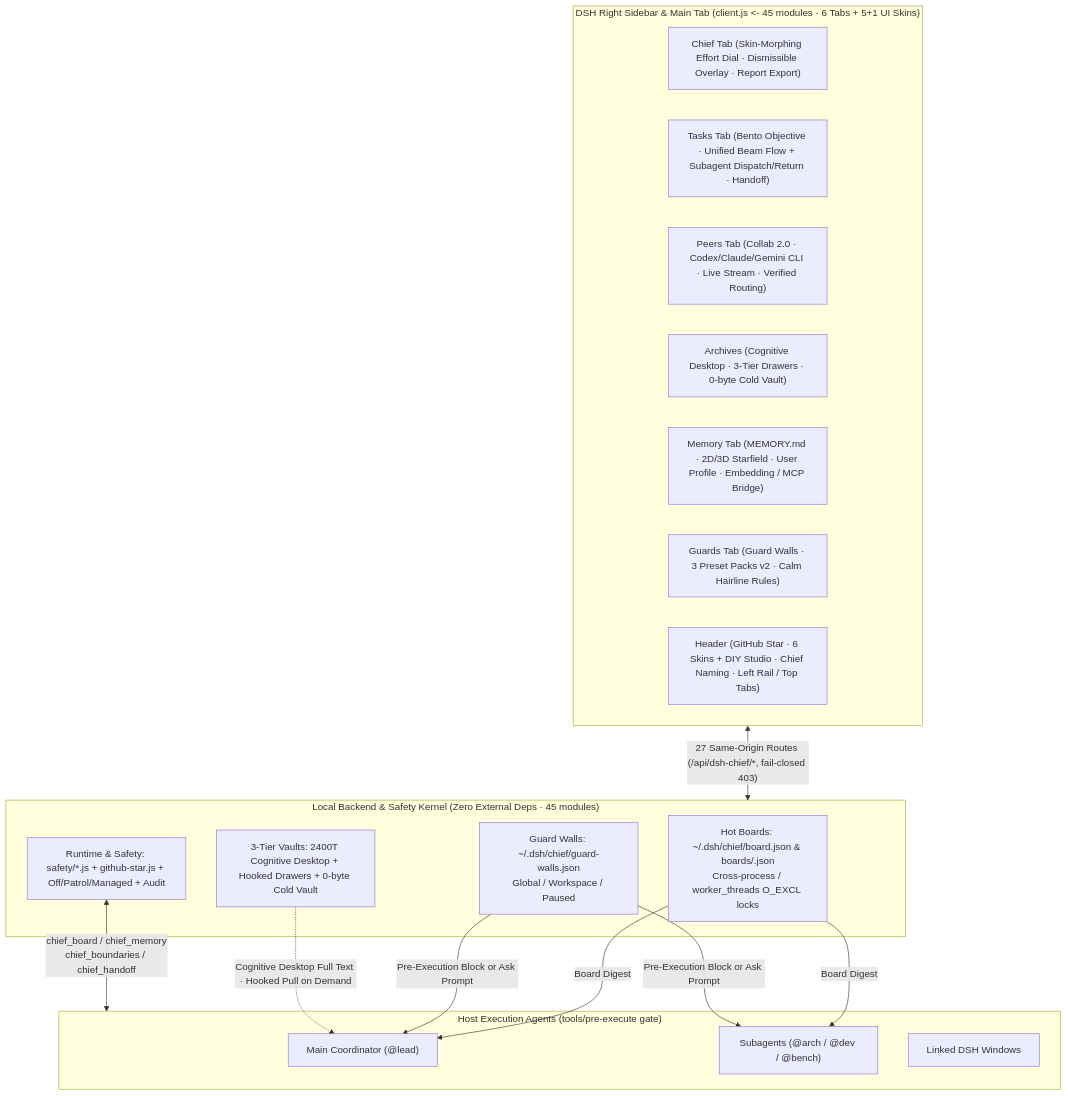
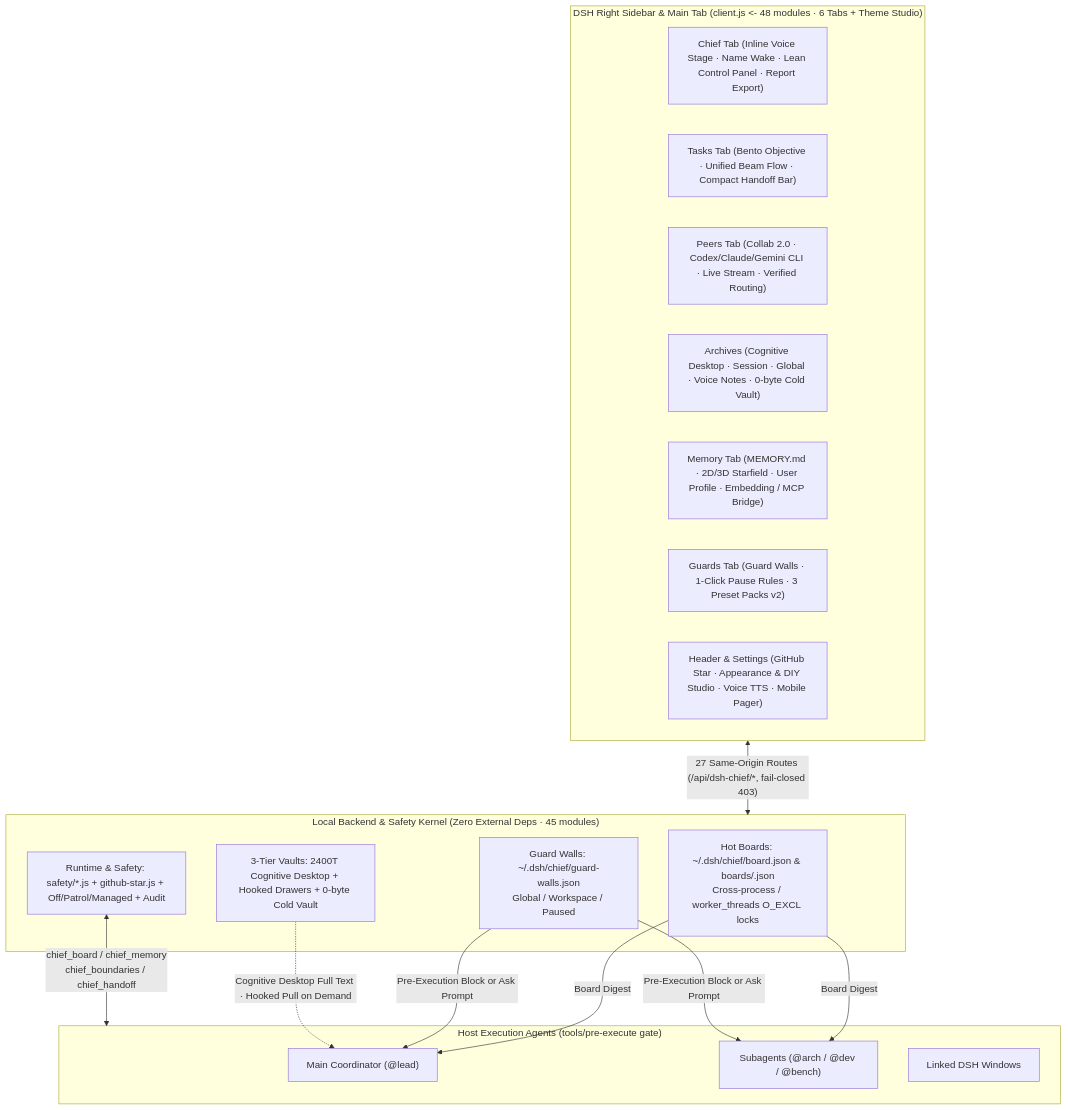
One commit to gluztm/dsh-chief changed the third of 3 diagrams in README.en.md. Above: the diagram before and after it, drawn with Mermaid. The commit also changed other lines of this file and 60 other files, not shown here.

Commit message:
release(v2.0.0): Voice Chief, Remote Pager, Theme Studio & Sync, Voice Notes Tab, Bilingual BM25/WikiLinks/History & 3-Protocol Embedding

````diff
--- a/README.en.md
+++ b/README.en.md
@@ -372,33 +384,33 @@
 ```mermaid
 flowchart TB
-  subgraph UI["DSH Right Sidebar & Main Tab (client.js <- 45 modules · 6 Tabs + 5+1 UI Skins)"]
-    T1["Chief Tab (Skin-Morphing Effort Dial · Dismissible Overlay · Report Export)"]
-    T2["Tasks Tab (Bento Objective · Unified Beam Flow + Subagent Dispatch/Return · Handoff)"]
+  subgraph UI["DSH Right Sidebar & Main Tab (client.js <- 48 modules · 6 Tabs + Theme Studio)"]
+    T1["Chief Tab (Inline Voice Stage · Name Wake · Lean Control Panel · Report Export)"]
+    T2["Tasks Tab (Bento Objective · Unified Beam Flow · Compact Handoff Bar)"]
     T3["Peers Tab (Collab 2.0 · Codex/Claude/Gemini CLI · Live Stream · Verified Routing)"]
-    T5["Archives (Cognitive Desktop · 3-Tier Drawers · 0-byte Cold Vault)"]
+    T5["Archives (Cognitive Desktop · Session · Global · Voice Notes · 0-byte Cold Vault)"]
     T6["Memory Tab (MEMORY.md · 2D/3D Starfield · User Profile · Embedding / MCP Bridge)"]
-    T7["Guards Tab (Guard Walls · 3 Preset Packs v2 · Calm Hairline Rules)"]
-    T8["Header (GitHub Star · 6 Skins + DIY Studio · Chief Naming · Left Rail / Top Tabs)"]
+    T7["Guards Tab (Guard Walls · 1-Click Pause Rules · 3 Preset Packs v2)"]
+    T8["Header & Settings (GitHub Star · Appearance & DIY Studio · Voice TTS · Mobile Pager)"]
   end
 
   subgraph Core["Local Backend & Safety Kernel (Zero External Deps · 45 modules)"]
     Hot["Hot Boards: ~/.dsh/chief/board.json & boards/<sid>.json\nCross-process / worker_threads O_EXCL locks"]
     Walls["Guard Walls: ~/.dsh/chief/guard-walls.json\nGlobal / Workspace / Paused"]
     Cold["3-Tier Vaults: 2400T Cognitive Desktop + Hooked Drawers + 0-byte Cold Vault"]
     Bus["Runtime & Safety: safety/*.js + github-star.js + Off/Patrol/Managed + Audit"]
   end
 
   subgraph Agents["Host Execution Agents (tools/pre-execute gate)"]
     Lead["Main Coordinator (@lead)"]
     Subs["Subagents (@arch / @dev / @bench)"]
     Peers["Linked DSH Windows"]
   end
 
   UI <-->|"27 Same-Origin Routes (/api/dsh-chief/*, fail-closed 403)"| Core
   Hot -->|"Board Digest"| Lead
   Hot -->|"Board Digest"| Subs
   Walls -->|"Pre-Execution Block or Ask Prompt"| Lead
   Walls -->|"Pre-Execution Block or Ask Prompt"| Subs
   Cold -.->|"Cognitive Desktop Full Text · Hooked Pull on Demand"| Lead
   Bus <-->|"chief_board / chief_memory\nchief_boundaries / chief_handoff"| Agents
 ```
````
